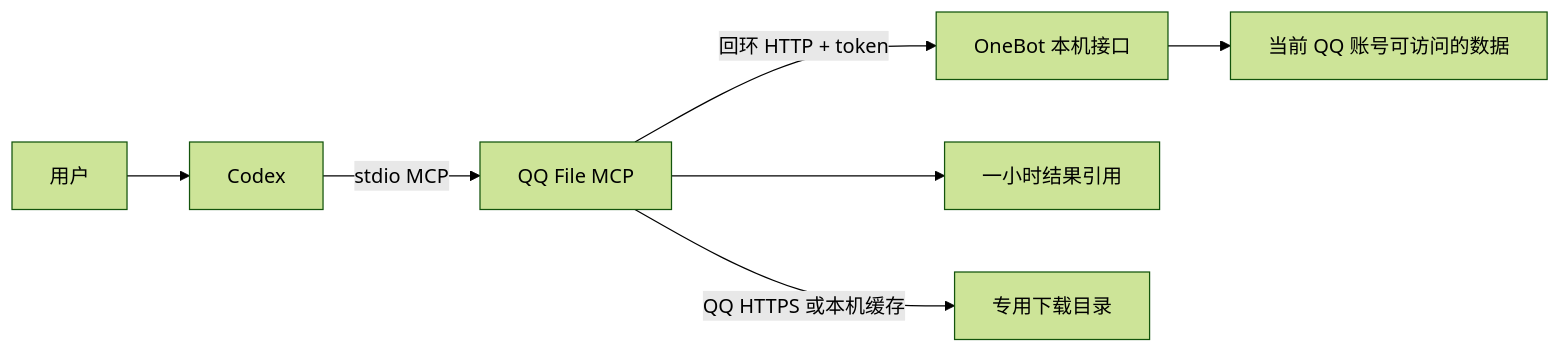
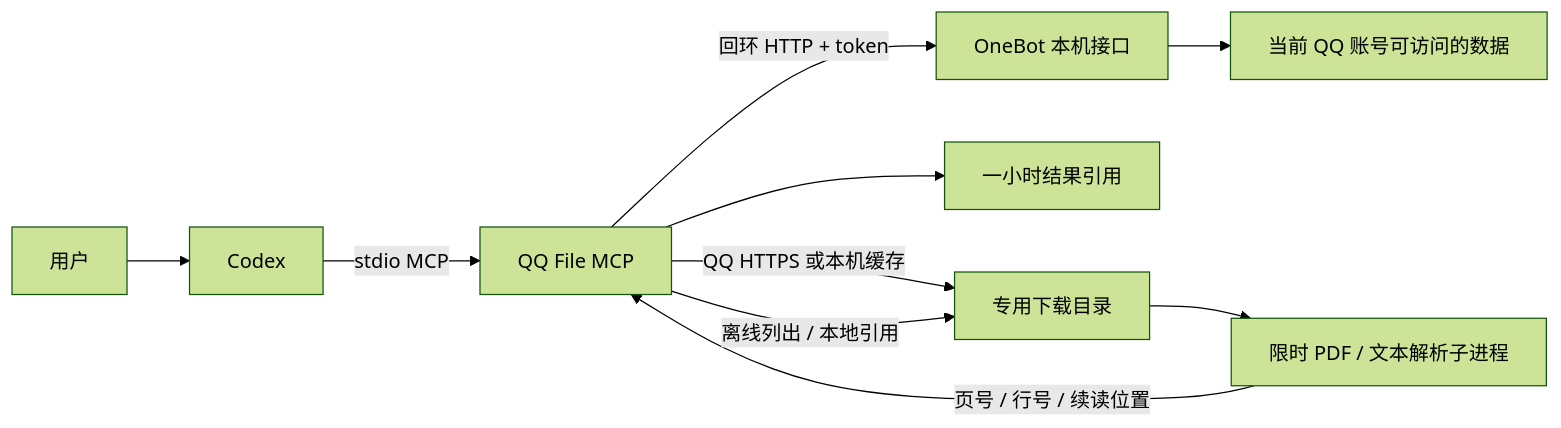
Before and after one commit to HJLiyu/qq-file-mcp: the diagram in docs/architecture.md, drawn with Mermaid (forest theme). The commit also changed other lines of this file and 15 other files, not shown here.

````diff
--- a/docs/architecture.md
+++ b/docs/architecture.md
@@ -3,9 +3,12 @@
 ```mermaid
 flowchart LR
     User[用户] --> Codex[Codex]
     Codex -->|stdio MCP| Tool[QQ File MCP]
     Tool -->|回环 HTTP + token| Bridge[OneBot 本机接口]
     Bridge --> QQ[当前 QQ 账号可访问的数据]
     Tool --> State[一小时结果引用]
     Tool -->|QQ HTTPS 或本机缓存| Downloads[专用下载目录]
+    Tool -->|离线列出 / 本地引用| Downloads
+    Downloads --> Reader[限时 PDF / 文本解析子进程]
+    Reader -->|页号 / 行号 / 续读位置| Tool
 ```
````
